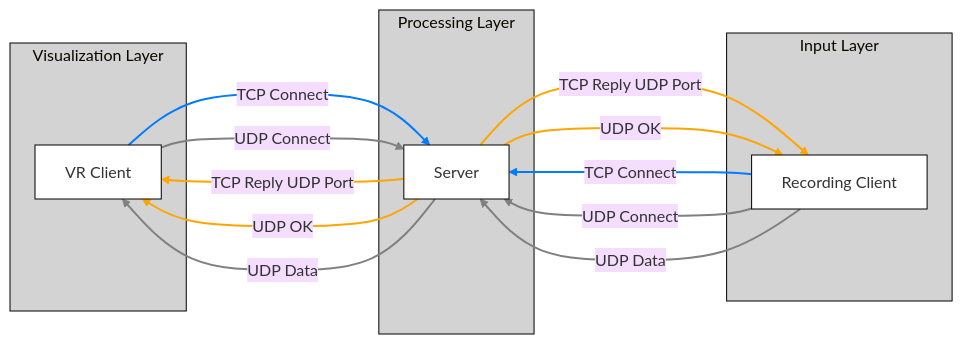
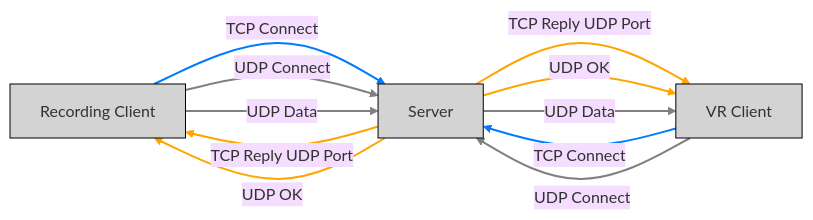
Before and after one commit to B16boi/HoloPiano---VR-Piano-Instructor: the diagram in README.md, drawn with Mermaid (base theme).

````diff
--- a/README.md
+++ b/README.md
@@ -9,43 +9,32 @@
 ```mermaid
 flowchart LR
-    subgraph GrayBox1[Visualization Layer]
-        C[VR Client]
-    end
-
-    subgraph GrayBox2[Processing Layer]
-        B[Server]
-    end
-
-    subgraph GrayBox3[Input Layer]
-        A[Recording Client]
-    end
+    A[Recording Client]
+    B[Server]
+    C[VR Client]
 
     A -->|TCP Connect| B
     linkStyle 0 stroke:#007BFF,stroke-width:2px
     B -->|TCP Reply UDP Port| A
     linkStyle 1 stroke:#FFA500,stroke-width:2px
     A -->|UDP Connect| B
     linkStyle 2 stroke:grey,stroke-width:2px
     B -->|UDP OK| A
     linkStyle 3 stroke:#FFA500,stroke-width:2px
     A -->|UDP Data| B
     linkStyle 4 stroke:grey,stroke-width:2px
 
     C -->|TCP Connect| B
     linkStyle 5 stroke:#007BFF,stroke-width:2px
     B -->|TCP Reply UDP Port| C
     linkStyle 6 stroke:#FFA500,stroke-width:2px
     C -->|UDP Connect| B
     linkStyle 7 stroke:grey,stroke-width:2px
     B -->|UDP OK| C
     linkStyle 8 stroke:#FFA500,stroke-width:2px
     B -->|UDP Data| C
     linkStyle 9 stroke:grey,stroke-width:2px
 
-    style GrayBox1 fill:#D3D3D3,stroke:#000,stroke-width:1px
-    style GrayBox2 fill:#D3D3D3,stroke:#000,stroke-width:1px
-    style GrayBox3 fill:#D3D3D3,stroke:#000,stroke-width:1px
-    style A fill:#fff,stroke:#000,stroke-width:1px
-    style B fill:#fff,stroke:#000,stroke-width:1px
-    style C fill:#fff,stroke:#000,stroke-width:1px
+    style A fill:#D3D3D3,stroke:#000,stroke-width:1px
+    style B fill:#D3D3D3,stroke:#000,stroke-width:1px
+    style C fill:#D3D3D3,stroke:#000,stroke-width:1px
 ```
````
